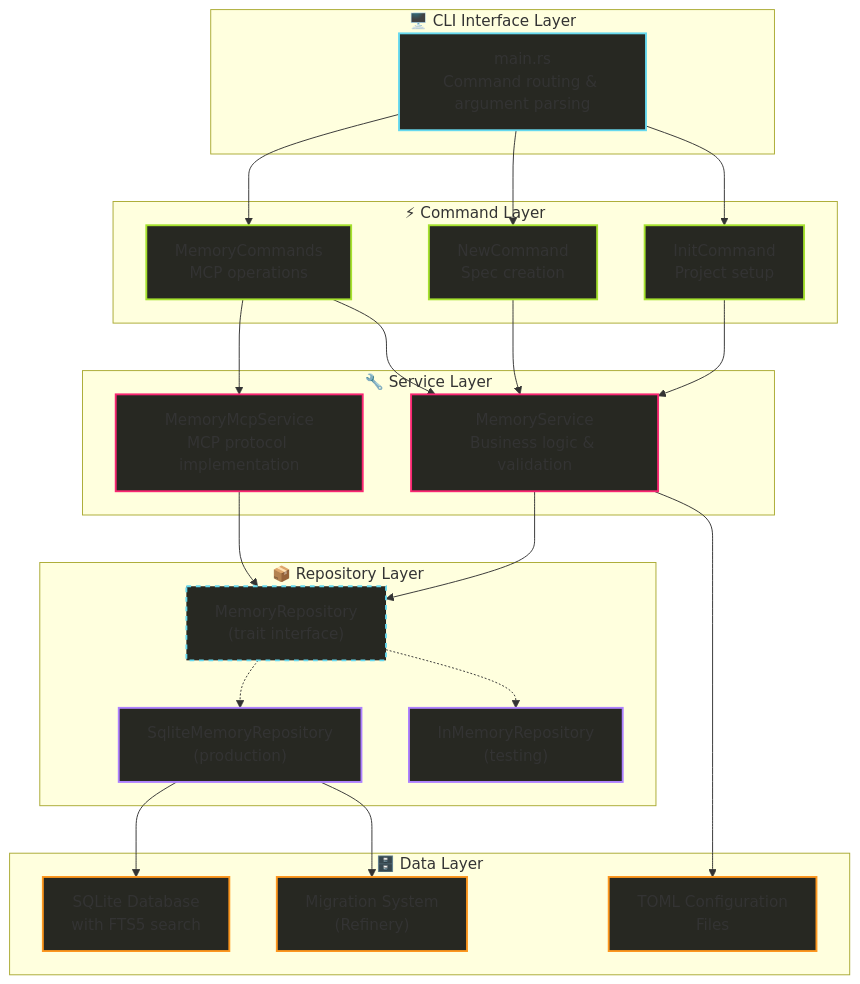
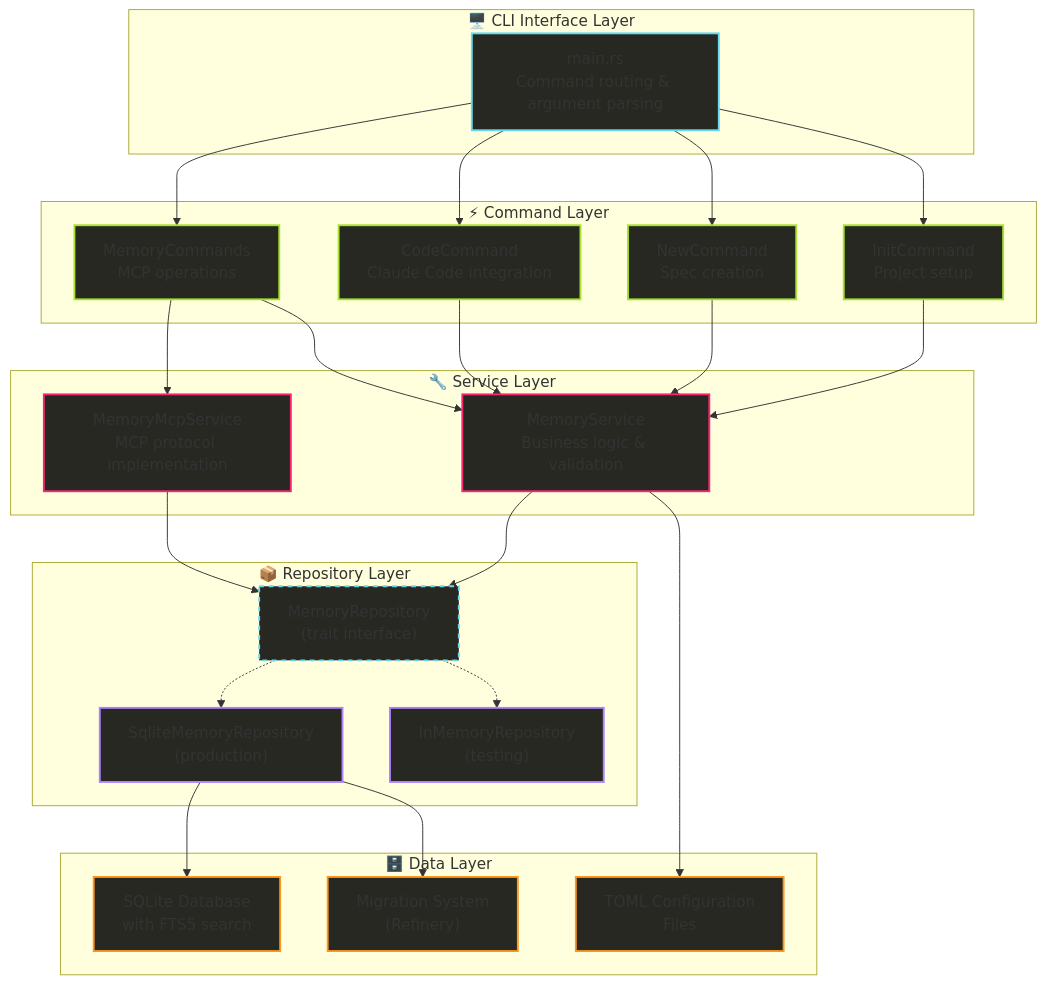
One commit to ashigirl96/hail-mary changed the diagram in ARCHITECTURE.md. Above: the diagram before and after it, drawn with Mermaid. The commit also changed other lines of this file and 1 other file, not shown here.

First line of the commit message:
Update documentation for code command integration

````diff
--- a/ARCHITECTURE.md
+++ b/ARCHITECTURE.md
@@ -22,73 +22,76 @@
 ```mermaid
 %%{init: {
   'theme': 'dark',
   'themeCSS': '
     .nodeLabel { color: #FD971F !important; }
     .edgeLabel { color: #A6E22E !important; background-color: transparent !important; }
     .cluster rect { fill: #272822 !important; stroke: #F92672 !important; stroke-width: 2px !important; rx: 5px !important; ry: 5px !important; }
     .node rect, .node circle, .node ellipse, .node polygon, .node path { fill: #272822 !important; stroke: #A6E22E !important; stroke-width: 2px !important; }
     .flowchart-link { stroke: #66D9EF !important; stroke-width: 2px !important; }
   '
 }}%%
 
 flowchart TB
     subgraph CLI ["🖥️ CLI Interface Layer"]
         Main["main.rs<br/>Command routing & argument parsing"]
     end
     
     subgraph CMD ["⚡ Command Layer"]
         Init["InitCommand<br/>Project setup"]
         New["NewCommand<br/>Spec creation"]
+        Code["CodeCommand<br/>Claude Code integration"]
         Memory["MemoryCommands<br/>MCP operations"]
     end
     
     subgraph SVC ["🔧 Service Layer"]
         MemSvc["MemoryService<br/>Business logic & validation"]
         McpSvc["MemoryMcpService<br/>MCP protocol implementation"]
     end
     
     subgraph REPO ["📦 Repository Layer"]
         RepoTrait["MemoryRepository<br/>(trait interface)"]
         SqliteRepo["SqliteMemoryRepository<br/>(production)"]
         InMemRepo["InMemoryRepository<br/>(testing)"]
     end
     
     subgraph DATA ["🗄️ Data Layer"]
         DB["SQLite Database<br/>with FTS5 search"]
         Migration["Migration System<br/>(Refinery)"]
         Config["TOML Configuration<br/>Files"]
     end
     
     Main --> Init
     Main --> New
+    Main --> Code
     Main --> Memory
     
     Init --> MemSvc
     New --> MemSvc
+    Code --> MemSvc
     Memory --> MemSvc
     Memory --> McpSvc
     
     MemSvc --> RepoTrait
     McpSvc --> RepoTrait
     
     RepoTrait -.-> SqliteRepo
     RepoTrait -.-> InMemRepo
     
     SqliteRepo --> DB
     SqliteRepo --> Migration
     MemSvc --> Config
     
     classDef cli fill:#272822,stroke:#66D9EF,stroke-width:2px;
     classDef command fill:#272822,stroke:#A6E22E,stroke-width:2px;
     classDef service fill:#272822,stroke:#F92672,stroke-width:2px;
     classDef repo fill:#272822,stroke:#AE81FF,stroke-width:2px;
     classDef data fill:#272822,stroke:#FD971F,stroke-width:2px;
     classDef interface fill:#272822,stroke:#66D9EF,stroke-width:2px,stroke-dasharray: 5 5;
     
     class Main cli;
-    class Init,New,Memory command;
+    class Init,New,Code,Memory command;
     class MemSvc,McpSvc service;
     class RepoTrait interface;
     class SqliteRepo,InMemRepo repo;
     class DB,Migration,Config data;
 ```
````
